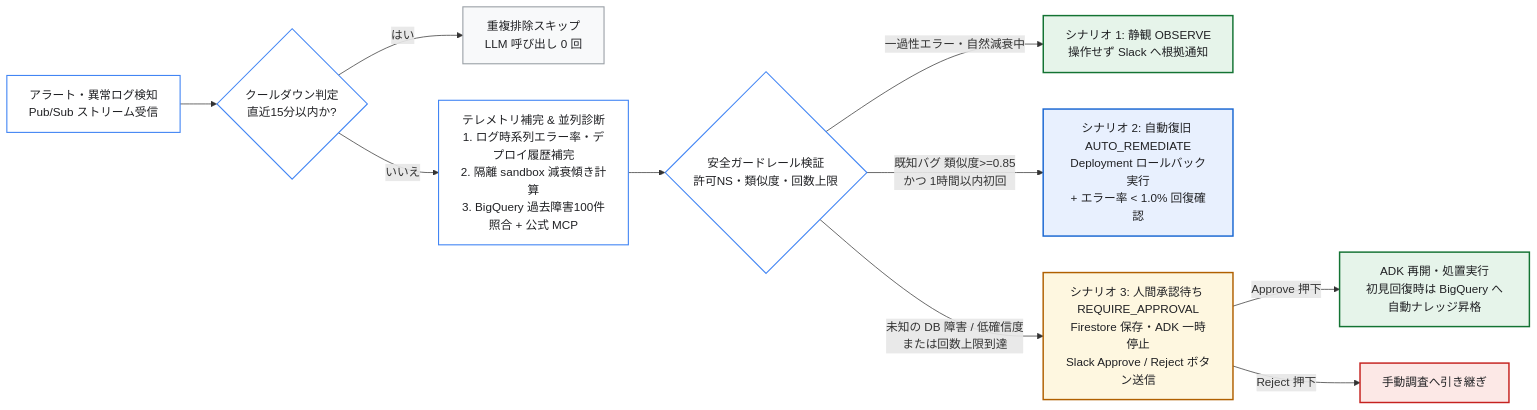
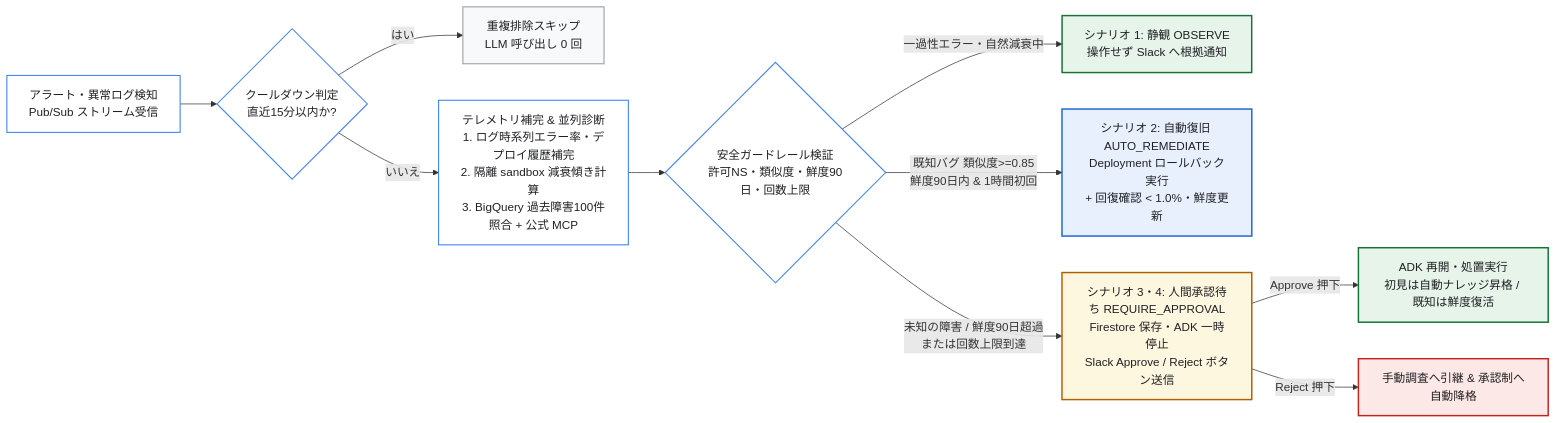
The first of 2 diagrams in docs/00-overview-and-architecture.md (tyorikan/agentic-sre-handson), drawn with Mermaid before and after one commit. The commit also changed other lines of this file and 35 other files, not shown here.

````diff
--- a/docs/00-overview-and-architecture.md
+++ b/docs/00-overview-and-architecture.md
@@ -17,26 +17,26 @@
 ```mermaid
 flowchart LR
     Alert["アラート・異常ログ検知<br/>Pub/Sub ストリーム受信"] --> Dedup{"クールダウン判定<br/>直近15分以内か?"}
     Dedup -->|"はい"| Skip["重複排除スキップ<br/>LLM 呼び出し 0 回"]
     Dedup -->|"いいえ"| Parallel["テレメトリ補完 & 並列診断<br/>1. ログ時系列エラー率・デプロイ履歴補完<br/>2. 隔離 sandbox 減衰傾き計算<br/>3. BigQuery 過去障害100件照合 + 公式 MCP"]
-    Parallel --> Guard{"安全ガードレール検証<br/>許可NS・類似度・回数上限"}
+    Parallel --> Guard{"安全ガードレール検証<br/>許可NS・類似度・鮮度90日・回数上限"}
 
     Guard -->|"一過性エラー・自然減衰中"| S1["シナリオ 1: 静観 OBSERVE<br/>操作せず Slack へ根拠通知"]
-    Guard -->|"既知バグ 類似度>=0.85<br/>かつ 1時間以内初回"| S2["シナリオ 2: 自動復旧 AUTO_REMEDIATE<br/>Deployment ロールバック実行<br/>+ エラー率 < 1.0% 回復確認"]
-    Guard -->|"未知の DB 障害 / 低確信度<br/>または回数上限到達"| S3["シナリオ 3: 人間承認待ち REQUIRE_APPROVAL<br/>Firestore 保存・ADK 一時停止<br/>Slack Approve / Reject ボタン送信"]
-    S3 -->|"Approve 押下"| Resume["ADK 再開・処置実行<br/>初見回復時は BigQuery へ自動ナレッジ昇格"]
-    S3 -->|"Reject 押下"| Manual["手動調査へ引き継ぎ"]
+    Guard -->|"既知バグ 類似度>=0.85<br/>鮮度90日内 & 1時間初回"| S2["シナリオ 2: 自動復旧 AUTO_REMEDIATE<br/>Deployment ロールバック実行<br/>+ 回復確認 < 1.0%・鮮度更新"]
+    Guard -->|"未知の障害 / 鮮度90日超過<br/>または回数上限到達"| S3["シナリオ 3・4: 人間承認待ち REQUIRE_APPROVAL<br/>Firestore 保存・ADK 一時停止<br/>Slack Approve / Reject ボタン送信"]
+    S3 -->|"Approve 押下"| Resume["ADK 再開・処置実行<br/>初見は自動ナレッジ昇格 / 既知は鮮度復活"]
+    S3 -->|"Reject 押下"| Manual["手動調査へ引継 & 承認制へ自動降格"]
 
     classDef base fill:#ffffff,stroke:#4285F4,stroke-width:1.5px,color:#202124;
     classDef mute fill:#f8f9fa,stroke:#9aa0a6,stroke-width:1.5px,color:#202124;
     classDef ok fill:#e6f4ea,stroke:#137333,stroke-width:2px,color:#202124;
     classDef auto fill:#e8f0fe,stroke:#1967d2,stroke-width:2px,color:#202124;
     classDef hitl fill:#fef7e0,stroke:#b06000,stroke-width:2px,color:#202124;
     classDef warn fill:#fce8e6,stroke:#c5221f,stroke-width:2px,color:#202124;
     class Alert,Dedup,Parallel,Guard base;
     class Skip mute;
     class S1,Resume ok;
     class S2 auto;
     class S3 hitl;
     class Manual warn;
 ```
````
